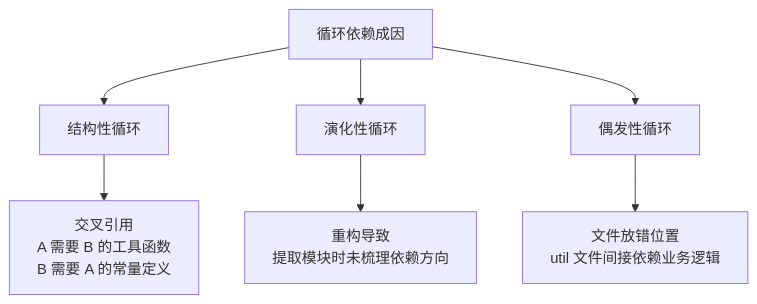
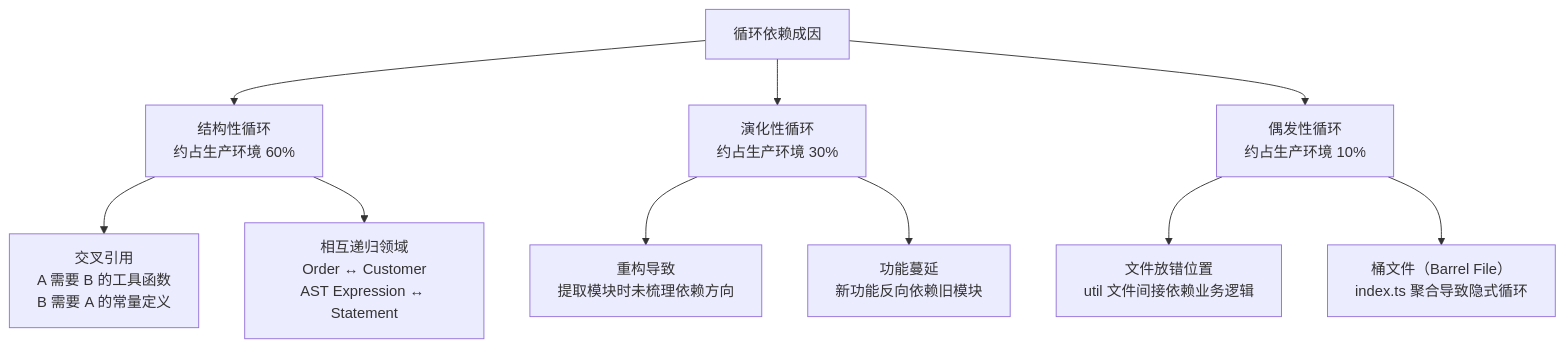
Before and after one commit to AdaMartin18010/JavaScriptTypeScript: the first of 6 diagrams in 10-fundamentals/10.4-module-system/code-examples/06-cyclic-dependencies.md, drawn with Mermaid. The commit also changed other lines of this file and 217 other files, not shown here.

````diff
--- a/10-fundamentals/10.4-module-system/code-examples/06-cyclic-dependencies.md
+++ b/10-fundamentals/10.4-module-system/code-examples/06-cyclic-dependencies.md
@@ -25,10 +27,15 @@
 ```mermaid
 graph TD
-    Cyclic["循环依赖成因"] --> Structural["结构性循环"]
-    Cyclic --> Evolutionary["演化性循环"]
-    Cyclic --> Accidental["偶发性循环"]
+    Cyclic["循环依赖成因"] --> Structural["结构性循环<br/>约占生产环境 60%"]
+    Cyclic --> Evolutionary["演化性循环<br/>约占生产环境 30%"]
+    Cyclic --> Accidental["偶发性循环<br/>约占生产环境 10%"]
 
     Structural --> CrossRef["交叉引用<br/>A 需要 B 的工具函数<br/>B 需要 A 的常量定义"]
+    Structural --> MutualDomain["相互递归领域<br/>Order ↔ Customer<br/>AST Expression ↔ Statement"]
+
     Evolutionary --> Refactor["重构导致<br/>提取模块时未梳理依赖方向"]
+    Evolutionary --> FeatureCreep["功能蔓延<br/>新功能反向依赖旧模块"]
+
     Accidental --> Misplace["文件放错位置<br/>util 文件间接依赖业务逻辑"]
+    Accidental --> BarrelFile["桶文件（Barrel File）<br/>index.ts 聚合导致隐式循环"]
 ```
````
